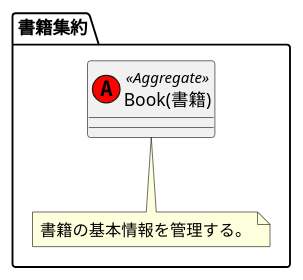
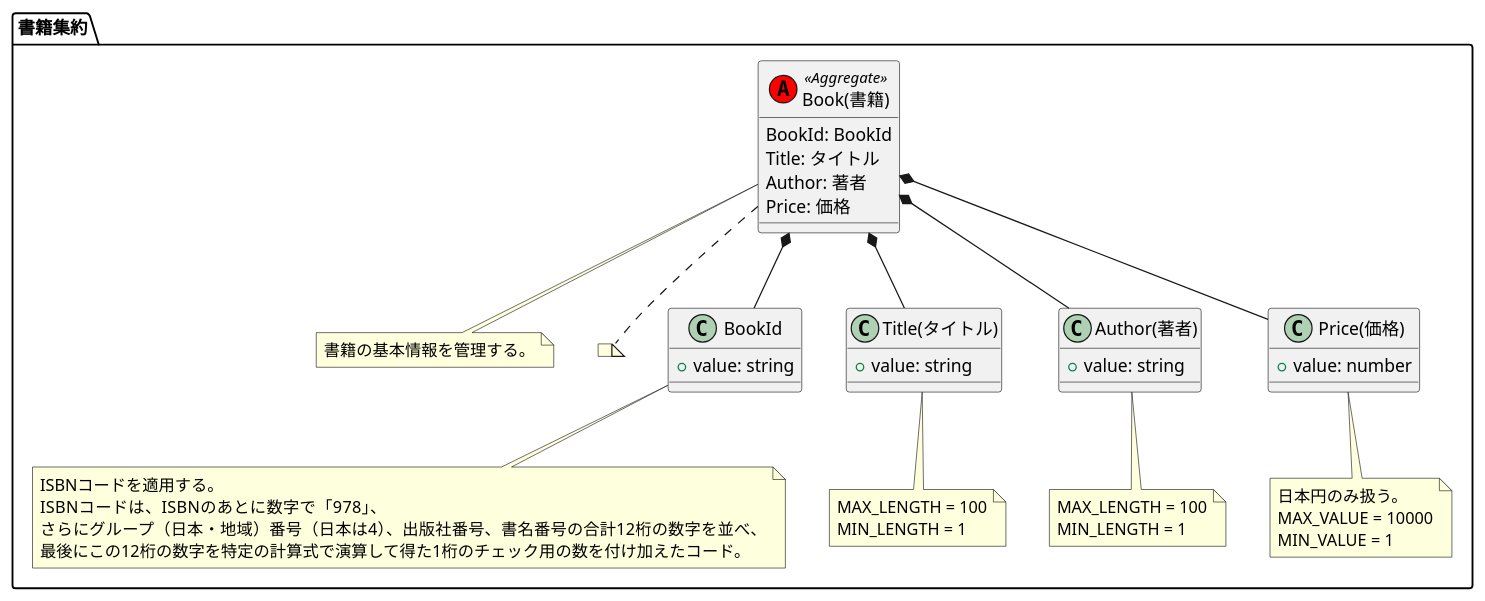
One commit to kter/domain-driven-design changed the diagram in CatalogService/Domain/models/Book/Book.pu. Above: the diagram before and after it, drawn with PlantUML. The commit also changed 1 other file, not shown here.

Commit message:
必要なインプットの特定

```diff
--- a/CatalogService/Domain/models/Book/Book.pu
+++ b/CatalogService/Domain/models/Book/Book.pu
@@ -1,10 +1,62 @@
 package "書籍集約" {
     '1. 集約とポリシーの表現
     class "Book(書籍)" as Book << (A, red) Aggregate >> {
+        BookId: BookId
+        Title: タイトル
+        Author: 著者
+        Price: 価格
     }
 
     '2. ビジネスルールの具体化
     note bottom of Book
         書籍の基本情報を管理する。
     end note
+
+    '3. 必要なインプットの特定
+    note bottom of Book
+        
+    end note
+    class "BookId" as BookId {
+        + value: string
+    }
+
+    class "Title(タイトル)" as Title {
+        + value: string
+    }
+
+    class "Author(著者)" as Author {
+        + value: string
+    }
+
+    class "Price(価格)" as Price {
+        + value: number
+    }
+
+    note bottom of BookId
+        ISBNコードを適用する。
+        ISBNコードは、ISBNのあとに数字で「978」、
+        さらにグループ（日本・地域）番号（日本は4）、出版社番号、書名番号の合計12桁の数字を並べ、
+        最後にこの12桁の数字を特定の計算式で演算して得た1桁のチェック用の数を付け加えたコード。
+    end note
+
+    note bottom of Title
+        MAX_LENGTH = 100
+        MIN_LENGTH = 1
+    end note
+
+    note bottom of Author
+        MAX_LENGTH = 100
+        MIN_LENGTH = 1
+    end note
+
+    note bottom of Price
+        日本円のみ扱う。
+        MAX_VALUE = 10000
+        MIN_VALUE = 1
+    end note
+
+    Book *-- BookId
+    Book *-- Title
+    Book *-- Author
+    Book *-- Price
 }
```
